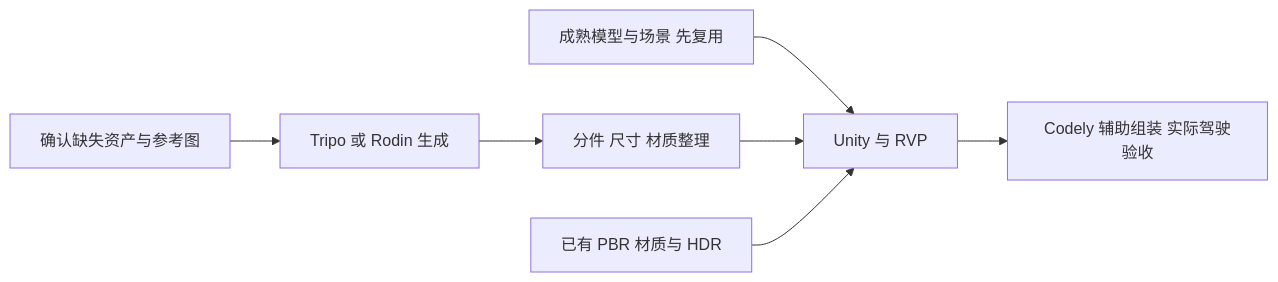
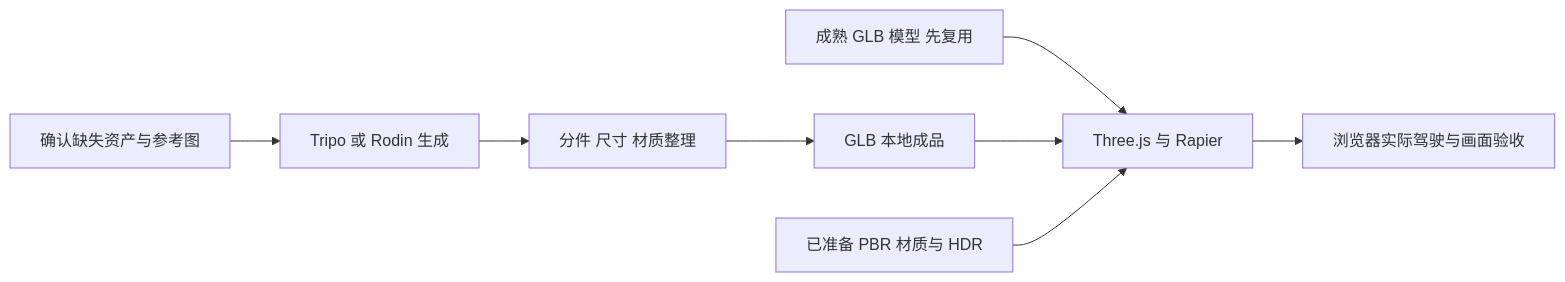
Before and after one commit to kinoward/human-overdrive: the diagram in docs/调研/赞助资源与资产制作.md, drawn with Mermaid. The commit also changed other lines of this file and 7 other files, not shown here.

````diff
--- a/docs/调研/赞助资源与资产制作.md
+++ b/docs/调研/赞助资源与资产制作.md
@@ -79,9 +50,10 @@
 ```mermaid
 flowchart LR
-    A[成熟模型与场景 先复用] --> E[Unity 与 RVP]
+    A[成熟 GLB 模型 先复用] --> E[Three.js 与 Rapier]
     B[确认缺失资产与参考图] --> C[Tripo 或 Rodin 生成]
     C --> D[分件 尺寸 材质整理]
-    D --> E
-    F[已有 PBR 材质与 HDR] --> E
-    E --> G[Codely 辅助组装 实际驾驶验收]
+    D --> H[GLB 本地成品]
+    H --> E
+    F[已准备 PBR 材质与 HDR] --> E
+    E --> G[浏览器实际驾驶与画面验收]
 ```
````
